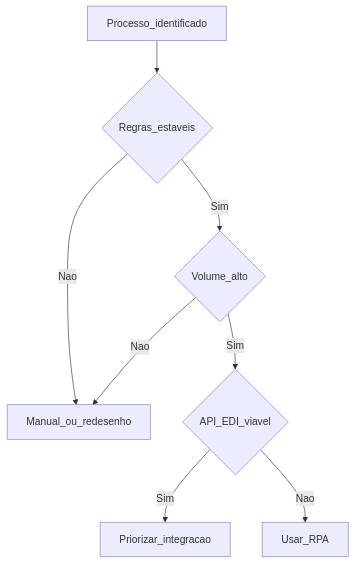
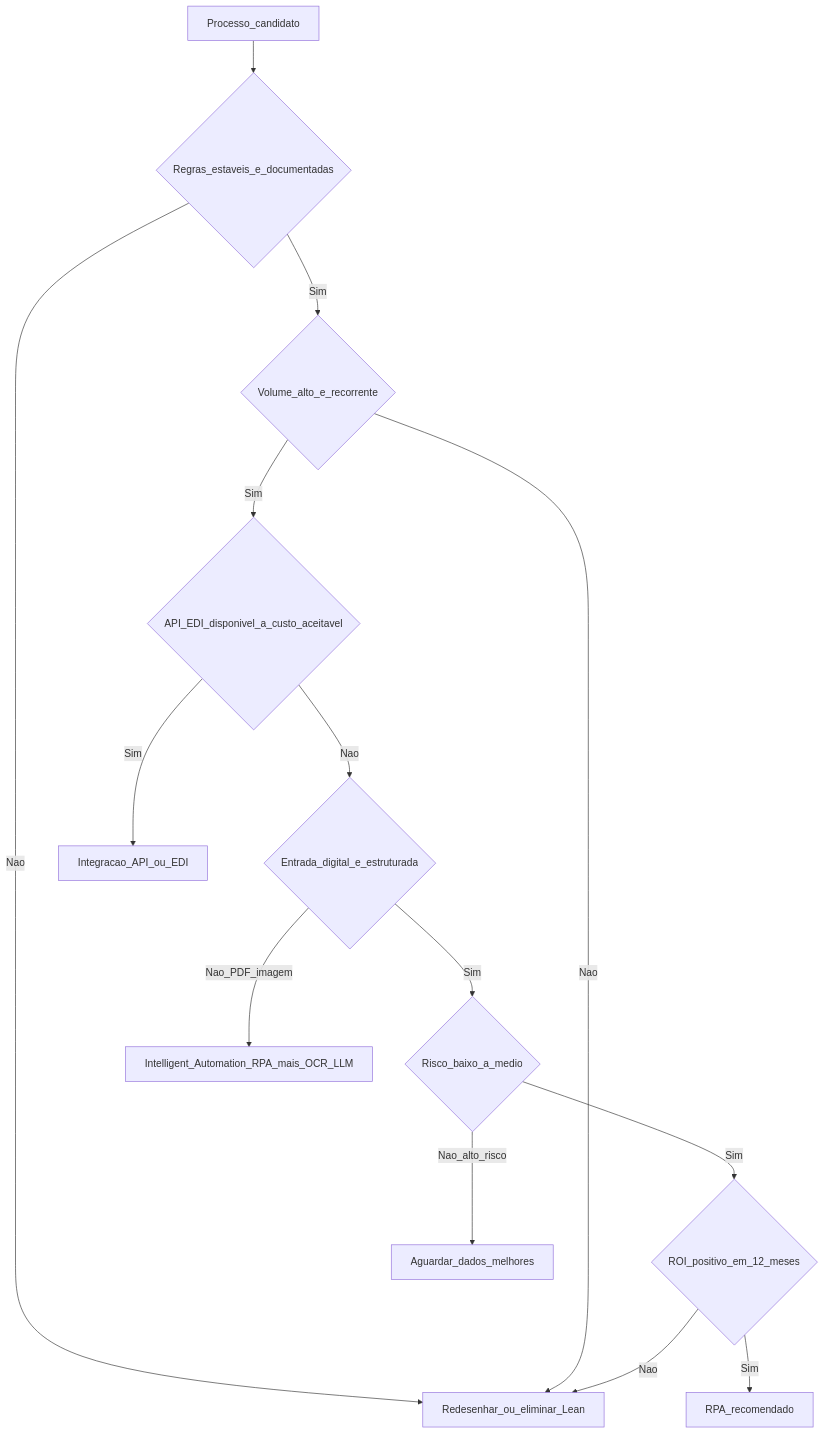
One commit to cleberhensel/logisticon-academy changed the second of 2 diagrams in aulas/trilha-automacao-e-digitalizacao/modulo-01-automacao-processos-logisticos-rpa/aula-01-o-que-e-rpa-candidatos-logistica.md. Above: the diagram before and after it, drawn with Mermaid. The commit also changed other lines of this file and 122 other files, not shown here.

````diff
--- a/aulas/trilha-automacao-e-digitalizacao/modulo-01-automacao-processos-logisticos-rpa/aula-01-o-que-e-rpa-candidatos-logistica.md
+++ b/aulas/trilha-automacao-e-digitalizacao/modulo-01-automacao-processos-logisticos-rpa/aula-01-o-que-e-rpa-candidatos-logistica.md
@@ -44,17 +80,28 @@
 ```mermaid
 flowchart TD
-  P[Processo_identificado]
-  Q1{Regras_estaveis}
-  Q2{Volume_alto}
-  Q3{API_EDI_viavel}
-  RPA[Usar_RPA]
-  API[Priorizar_integracao]
-  MAN[Manual_ou_redesenho]
+  P[Processo_candidato]
+  Q1{Regras_estaveis_e_documentadas}
+  Q2{Volume_alto_e_recorrente}
+  Q3{API_EDI_disponivel_a_custo_aceitavel}
+  Q4{Entrada_digital_e_estruturada}
+  Q5{Risco_baixo_a_medio}
+  Q6{ROI_positivo_em_12_meses}
+  RPA[RPA_recomendado]
+  IA[Intelligent_Automation_RPA_mais_OCR_LLM]
+  API[Integracao_API_ou_EDI]
+  REDESIGN[Redesenhar_ou_eliminar_Lean]
+  HOLD[Aguardar_dados_melhores]
   P --> Q1
-  Q1 -->|Nao| MAN
+  Q1 -->|Nao| REDESIGN
   Q1 -->|Sim| Q2
-  Q2 -->|Nao| MAN
+  Q2 -->|Nao| REDESIGN
   Q2 -->|Sim| Q3
   Q3 -->|Sim| API
-  Q3 -->|Nao| RPA
+  Q3 -->|Nao| Q4
+  Q4 -->|Nao_PDF_imagem| IA
+  Q4 -->|Sim| Q5
+  Q5 -->|Nao_alto_risco| HOLD
+  Q5 -->|Sim| Q6
+  Q6 -->|Sim| RPA
+  Q6 -->|Nao| REDESIGN
 ```
````
